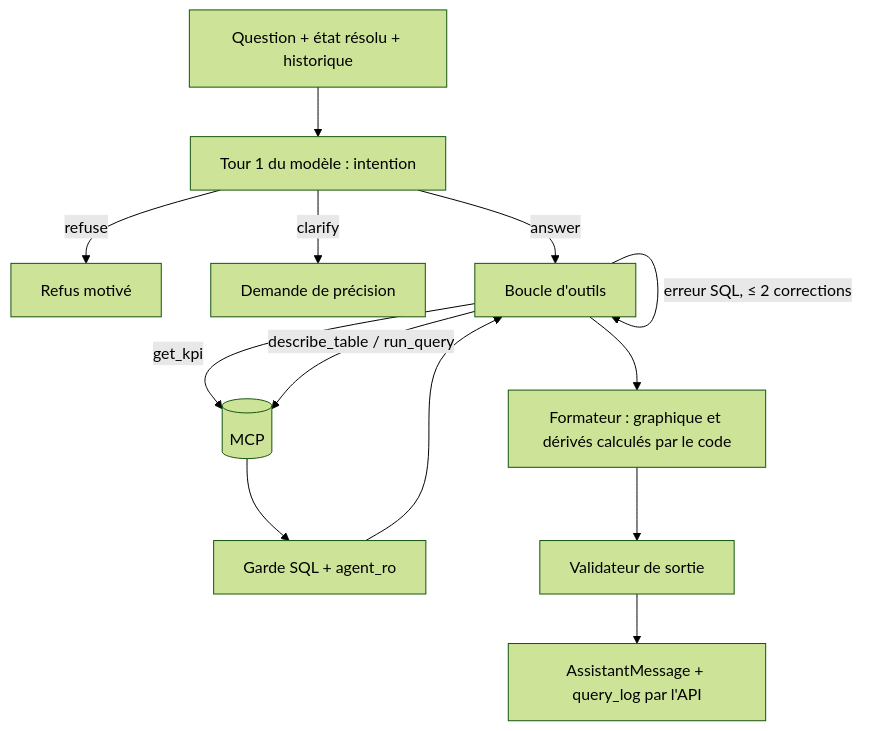
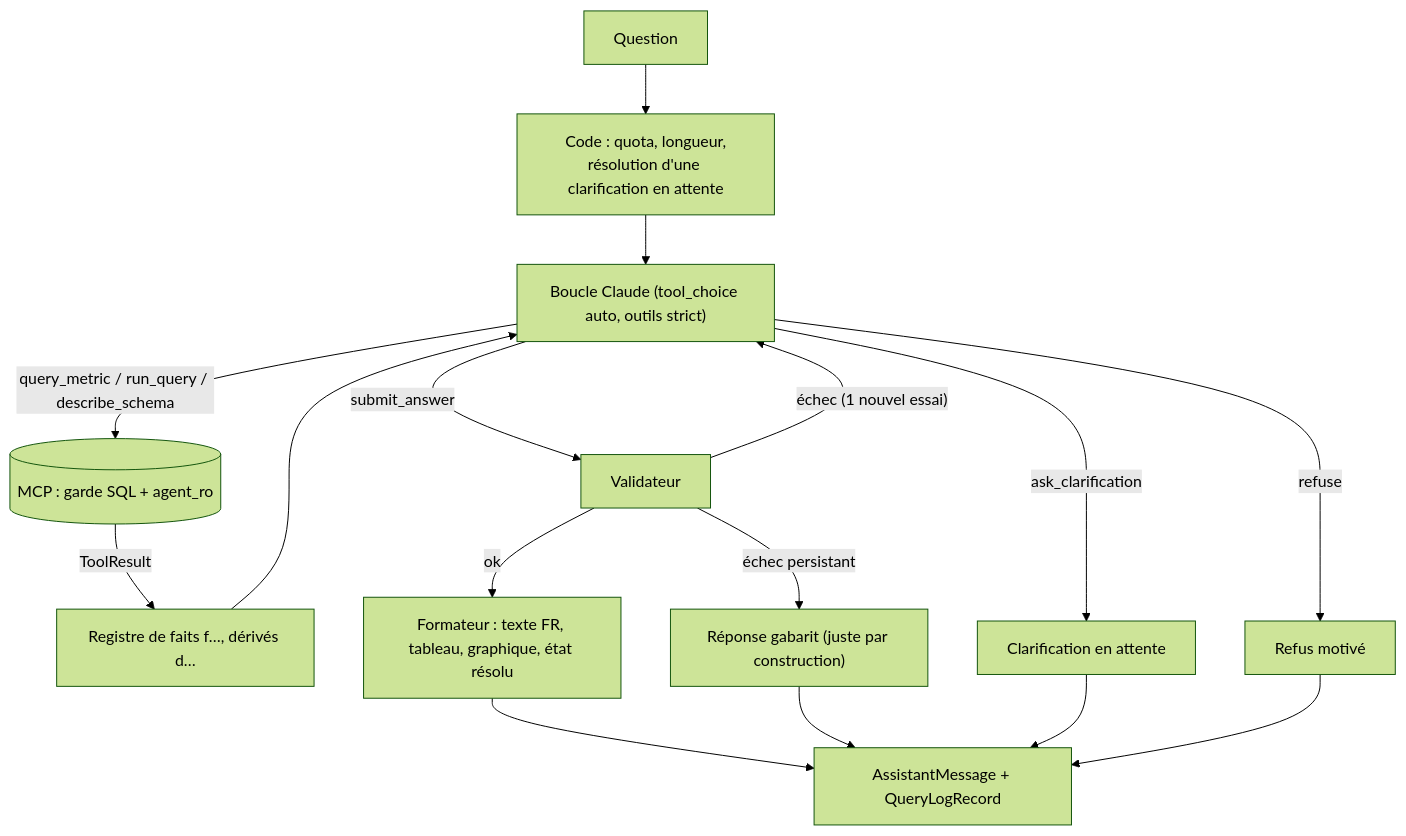
One commit to justefrank/decision-agent-IA changed the diagram in docs/AGENTIC_DESIGN.md. Above: the diagram before and after it, drawn with Mermaid (forest theme). The commit also changed other lines of this file and 47 other files, not shown here.

First line of the commit message:
docs: passage en v5 (MVP, query_metric, citation par référence, évaluation sur le test seul, intégration Claude) et diagrammes re-rendus

````diff
--- a/docs/AGENTIC_DESIGN.md
+++ b/docs/AGENTIC_DESIGN.md
@@ -20,15 +27,18 @@
 ```mermaid
 flowchart TD
-  Q[Question + état résolu + historique] --> L1[Tour 1 du modèle : intention]
-  L1 -- refuse --> R[Refus motivé]
-  L1 -- clarify --> C[Demande de précision]
-  L1 -- answer --> L[Boucle d'outils]
-  L -- get_kpi --> M[(MCP)]
-  L -- describe_table / run_query --> M
-  M --> G[Garde SQL + agent_ro]
-  G --> L
-  L -- erreur SQL, ≤ 2 corrections --> L
-  L --> F[Formateur : graphique et dérivés calculés par le code]
-  F --> V[Validateur de sortie]
-  V --> A[AssistantMessage + query_log par l'API]
+  Q["Question"] --> PRE["Code : quota, longueur,<br/>résolution d'une clarification en attente"]
+  PRE --> LOOP["Boucle Claude (tool_choice auto, outils strict)"]
+  LOOP -- "query_metric / run_query / describe_schema" --> MCP[("MCP : garde SQL + agent_ro")]
+  MCP -- "ToolResult" --> REG["Registre de faits f…, dérivés d…"]
+  REG --> LOOP
+  LOOP -- "submit_answer" --> VAL["Validateur"]
+  LOOP -- "ask_clarification" --> CLR["Clarification en attente"]
+  LOOP -- "refuse" --> REF["Refus motivé"]
+  VAL -- "ok" --> FMT["Formateur : texte FR, tableau, graphique, état résolu"]
+  VAL -- "échec (1 nouvel essai)" --> LOOP
+  VAL -- "échec persistant" --> TPL["Réponse gabarit (juste par construction)"]
+  FMT --> OUT["AssistantMessage + QueryLogRecord"]
+  TPL --> OUT
+  CLR --> OUT
+  REF --> OUT
 ```
````
